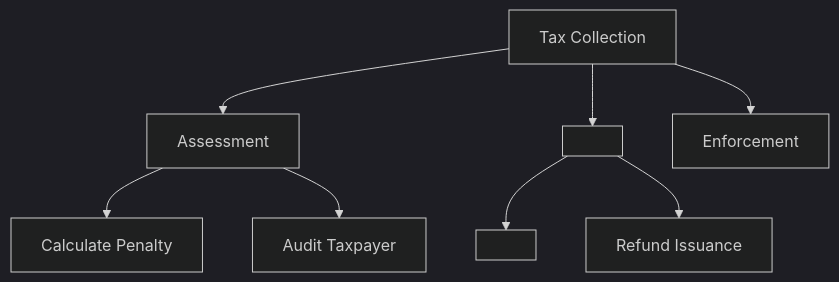
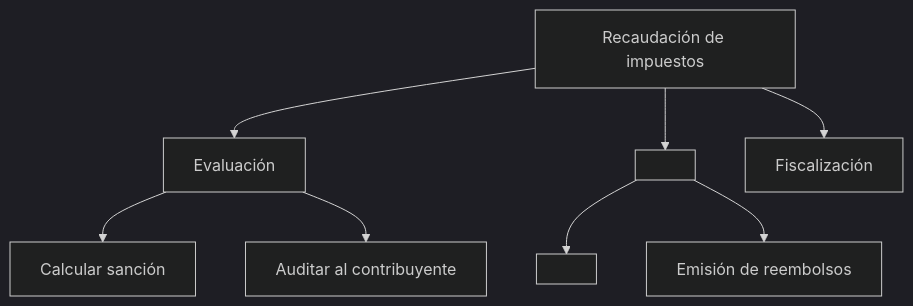
The diagram in .github/skills/capability-map/SKILL.md (paulasilvatech/datacorp-sifap-team-kit-pt-br), drawn with Mermaid (dark theme) before and after one commit. The commit also changed other lines of this file and 386 other files, not shown here.

````diff
--- a/.github/skills/capability-map/SKILL.md
+++ b/.github/skills/capability-map/SKILL.md
@@ -45,10 +45,10 @@
 ```mermaid
 flowchart TD
- A[Tax Collection] --> B[Assessment]
- A --> C[<Capability>]
- A --> D[Enforcement]
- B --> B1[Calculate Penalty]
- B --> B2[Audit Taxpayer]
- C --> C1[<Sub-capability>]
- C --> C2[Refund Issuance]
+ A[Recaudación de impuestos] --> B[Evaluación]
+ A --> C[<Capacidad>]
+ A --> D[Fiscalización]
+ B --> B1[Calcular sanción]
+ B --> B2[Auditar al contribuyente]
+ C --> C1[<Subcapacidad>]
+ C --> C2[Emisión de reembolsos]
 ```
````
